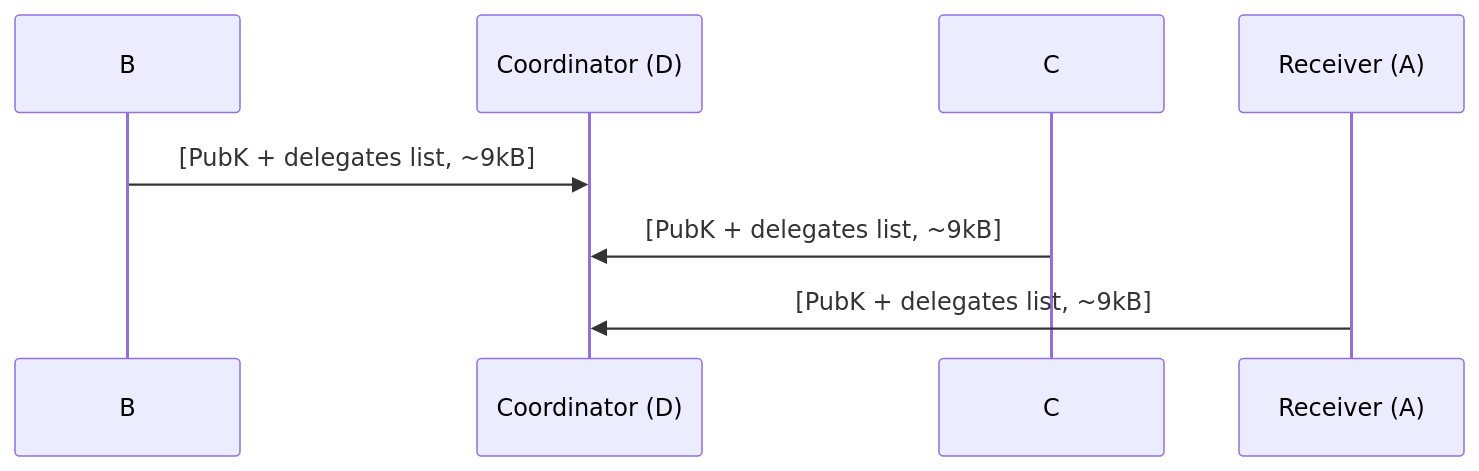
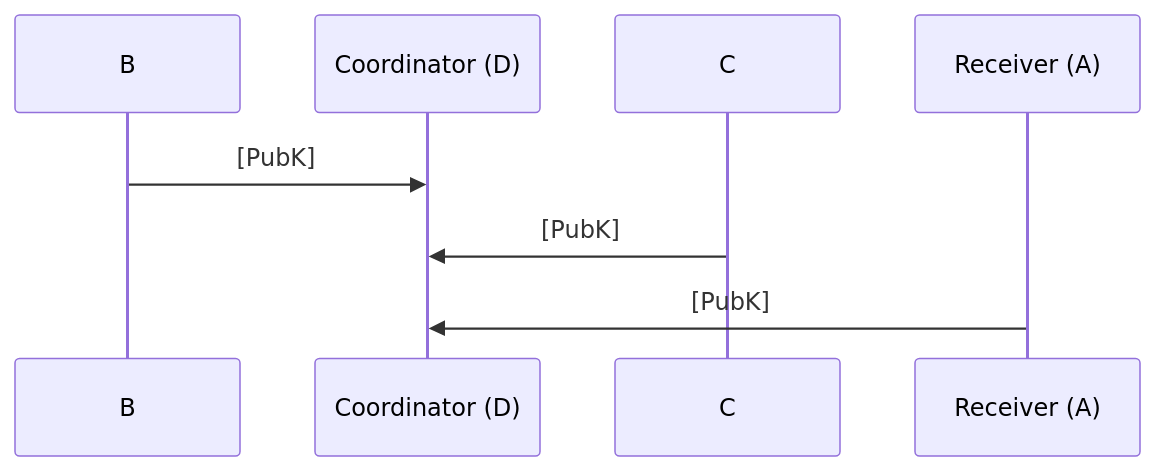
Before and after one commit to GEO-Protocol/specs-protocol: the seventh of 8 diagrams in transactions/transactions.md, drawn with Mermaid. The commit also changed other lines of this file, not shown here.

````diff
--- a/transactions/transactions.md
+++ b/transactions/transactions.md
@@ -384,6 +384,6 @@
-      ```mermaid
-      sequenceDiagram
-          B->>Coordinator (D): [PubK + delegates list, ~9kB]
-          C->>Coordinator (D): [PubK + delegates list, ~9kB]
-          Receiver (A)->>Coordinator (D): [PubK + delegates list, ~9kB]
-      ```
+```mermaid
+sequenceDiagram
+    B->>Coordinator (D): [PubK]
+    C->>Coordinator (D): [PubK]
+    Receiver (A)->>Coordinator (D): [PubK]
+```
````
